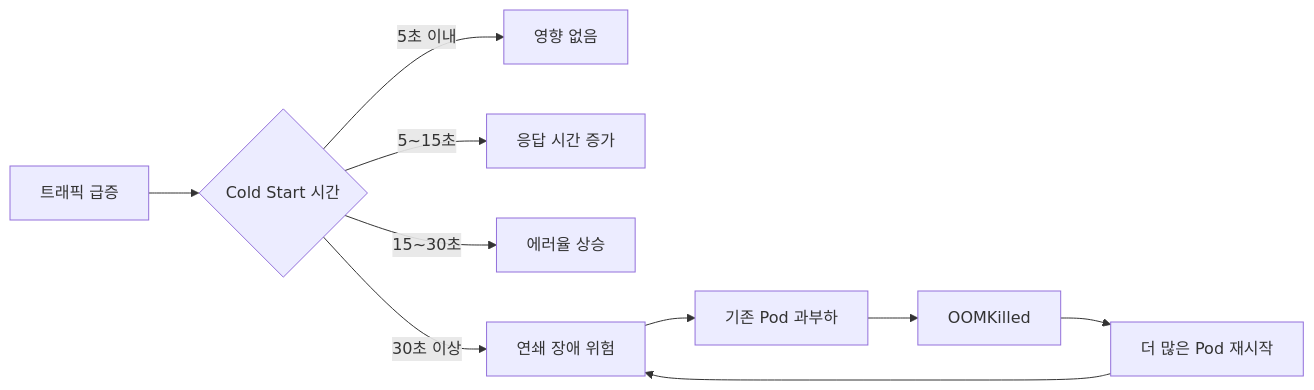
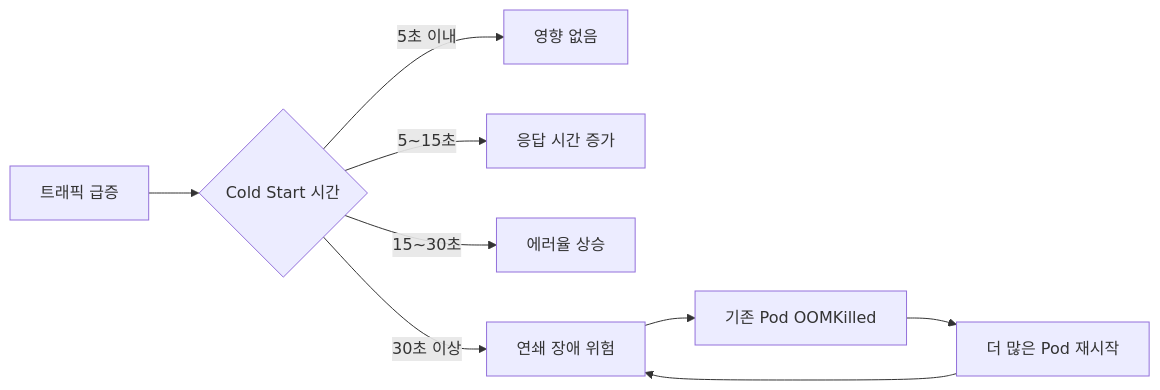
Before and after one commit to yjkim2015/yjkim2015.github.io: the second of 5 diagrams in _posts/cloud/2026-05-02-kubernetes-cold-start.md, drawn with Mermaid. The commit also changed other lines of this file and 122 other files, not shown here.

````diff
--- a/_posts/cloud/2026-05-02-kubernetes-cold-start.md
+++ b/_posts/cloud/2026-05-02-kubernetes-cold-start.md
@@ -268,12 +121,11 @@
 ```mermaid
 graph LR
-    A[트래픽 급증] --> B{Cold Start 시간}
-    B -->|5초 이내| C[영향 없음]
-    B -->|5~15초| D[응답 시간 증가]
-    B -->|15~30초| E[에러율 상승]
-    B -->|30초 이상| F[연쇄 장애 위험]
-    F --> G[기존 Pod 과부하]
-    G --> H[OOMKilled]
-    H --> I[더 많은 Pod 재시작]
-    I --> F
+    Spike["트래픽 급증"] --> B{"Cold Start 시간"}
+    B -->|"5초 이내"| OK["영향 없음"]
+    B -->|"5~15초"| Slow["응답 시간 증가"]
+    B -->|"15~30초"| Error["에러율 상승"]
+    B -->|"30초 이상"| Cascade["연쇄 장애 위험"]
+    Cascade --> OOM["기존 Pod OOMKilled"]
+    OOM --> More["더 많은 Pod 재시작"]
+    More --> Cascade
 ```
````
